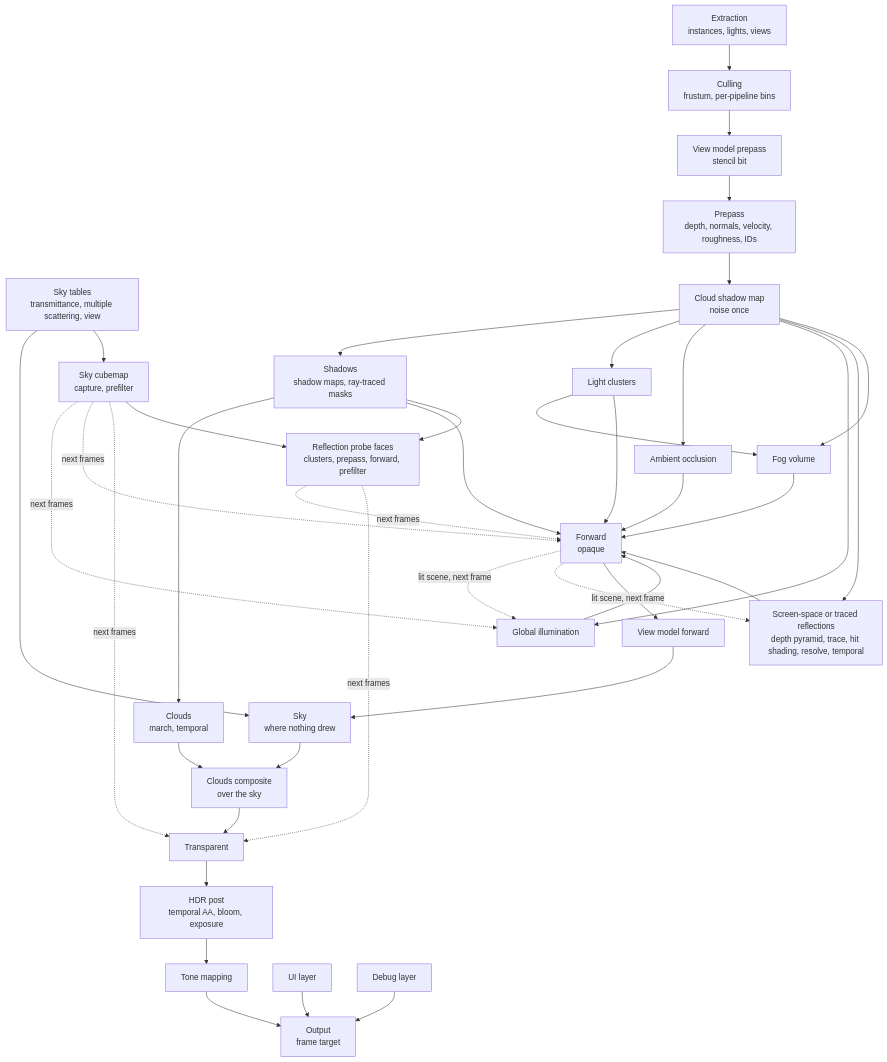
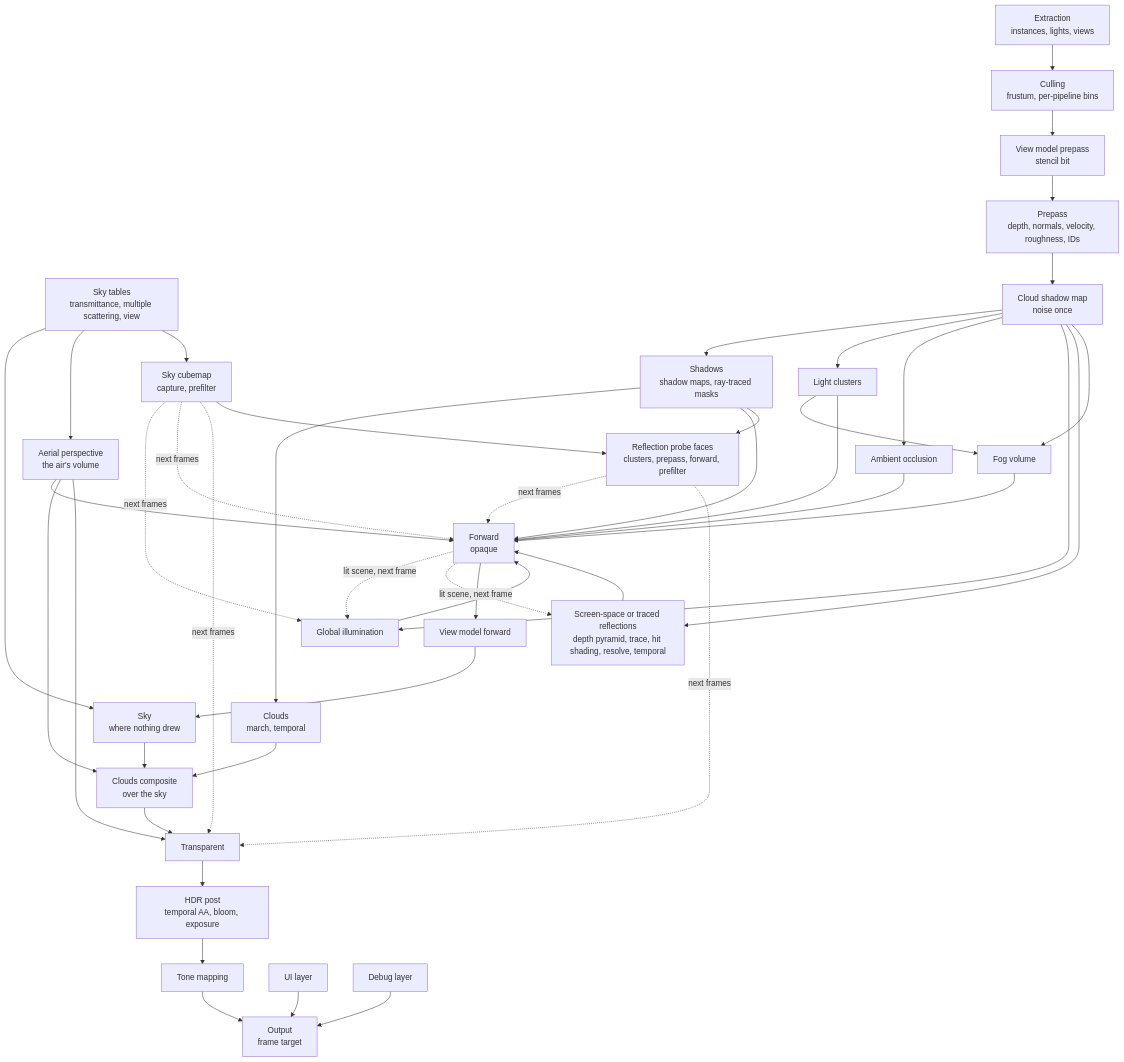
One commit to aszecsei/cinnabar changed the diagram in docs/rendering/frame.md. Above: the diagram before and after it, drawn with Mermaid. The commit also changed other lines of this file and 32 other files, not shown here.

````diff
--- a/docs/rendering/frame.md
+++ b/docs/rendering/frame.md
@@ -5,42 +5,44 @@
 ```mermaid
 flowchart TB
     EXTRACT["Extraction<br/>instances, lights, views"]
     CULL["Culling<br/>frustum, per-pipeline bins"]
     PRE["Prepass<br/>depth, normals, velocity, roughness, IDs"]
     VMPRE["View model prepass<br/>stencil bit"]
     SHADOW["Shadows<br/>shadow maps, ray-traced masks"]
     CLUSTER["Light clusters"]
     AO["Ambient occlusion"]
     GI["Global illumination"]
     SSR["Screen-space or traced reflections<br/>depth pyramid, trace, hit shading, resolve, temporal"]
     FOG["Fog volume"]
     SKYLUT["Sky tables<br/>transmittance, multiple scattering, view"]
+    AERIAL["Aerial perspective<br/>the air's volume"]
     SKYCUBE["Sky cubemap<br/>capture, prefilter"]
     PROBES["Reflection probe faces<br/>clusters, prepass, forward, prefilter"]
     CLOUDSHADOW["Cloud shadow map<br/>noise once"]
     CLOUDS["Clouds<br/>march, temporal"]
     SKY["Sky<br/>where nothing drew"]
     CLOUDCOMP["Clouds composite<br/>over the sky"]
     FWD["Forward<br/>opaque"]
     VMFWD["View model forward"]
     TRANS["Transparent"]
     POST["HDR post<br/>temporal AA, bloom, exposure"]
     TONE["Tone mapping"]
     UI["UI layer"]
     DEBUG["Debug layer"]
     OUT["Output<br/>frame target"]
 
     EXTRACT --> CULL --> VMPRE --> PRE
     PRE --> CLOUDSHADOW --> SHADOW & CLUSTER & AO & GI & SSR
     CLUSTER --> FOG
     SHADOW --> CLOUDS --> CLOUDCOMP
     CLOUDSHADOW --> FOG
     SHADOW & CLUSTER & AO & GI & SSR & FOG --> FWD
     FWD -.->|"lit scene, next frame"| GI & SSR
     SKYLUT --> SKY
+    SKYLUT --> AERIAL --> FWD & CLOUDCOMP & TRANS
     SKYLUT --> SKYCUBE -.->|"next frames"| GI & FWD & TRANS
     SHADOW & SKYCUBE --> PROBES -.->|"next frames"| FWD & TRANS
     FWD --> VMFWD --> SKY --> CLOUDCOMP --> TRANS --> POST --> TONE --> OUT
     UI --> OUT
     DEBUG --> OUT
 ```
````
